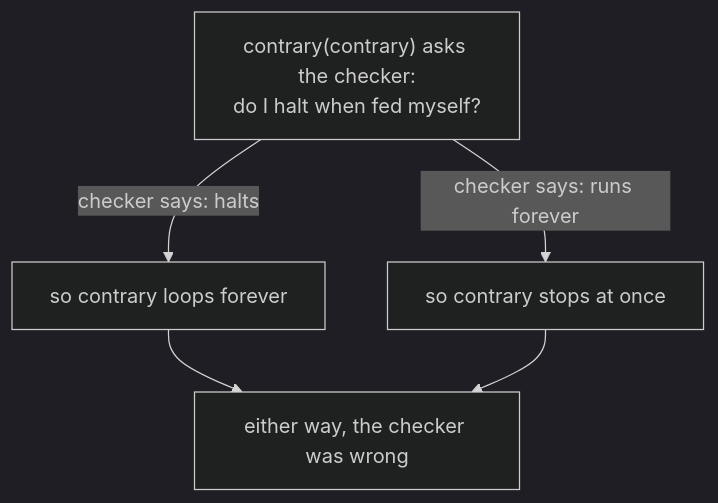
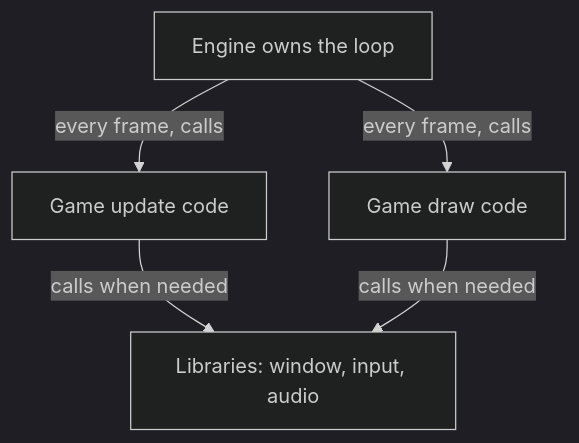
Before and after one commit to MustCodeAl/rust-game-hacking-book: the first of 2 diagrams in site/src/content/docs/pages/1/11.mdx, drawn with Mermaid (dark theme). The commit also changed other lines of this file and 65 other files, not shown here.

````diff
--- a/site/src/content/docs/pages/1/11.mdx
+++ b/site/src/content/docs/pages/1/11.mdx
@@ -210,8 +73,7 @@
 ```mermaid
 flowchart TD
-    Q["contrary(contrary) asks the checker:<br/>do I halt when fed myself?"]
-    Q -->|"checker says: halts"| L["so contrary loops forever"]
-    Q -->|"checker says: runs forever"| S["so contrary stops at once"]
-    L --> W["either way, the checker was wrong"]
-    S --> W
+    E["Engine owns the loop"] -->|"every frame, calls"| G["Game update code"]
+    E -->|"every frame, calls"| D["Game draw code"]
+    G -->|"calls when needed"| L["Libraries: window, input, audio"]
+    D -->|"calls when needed"| L
 ```
````
